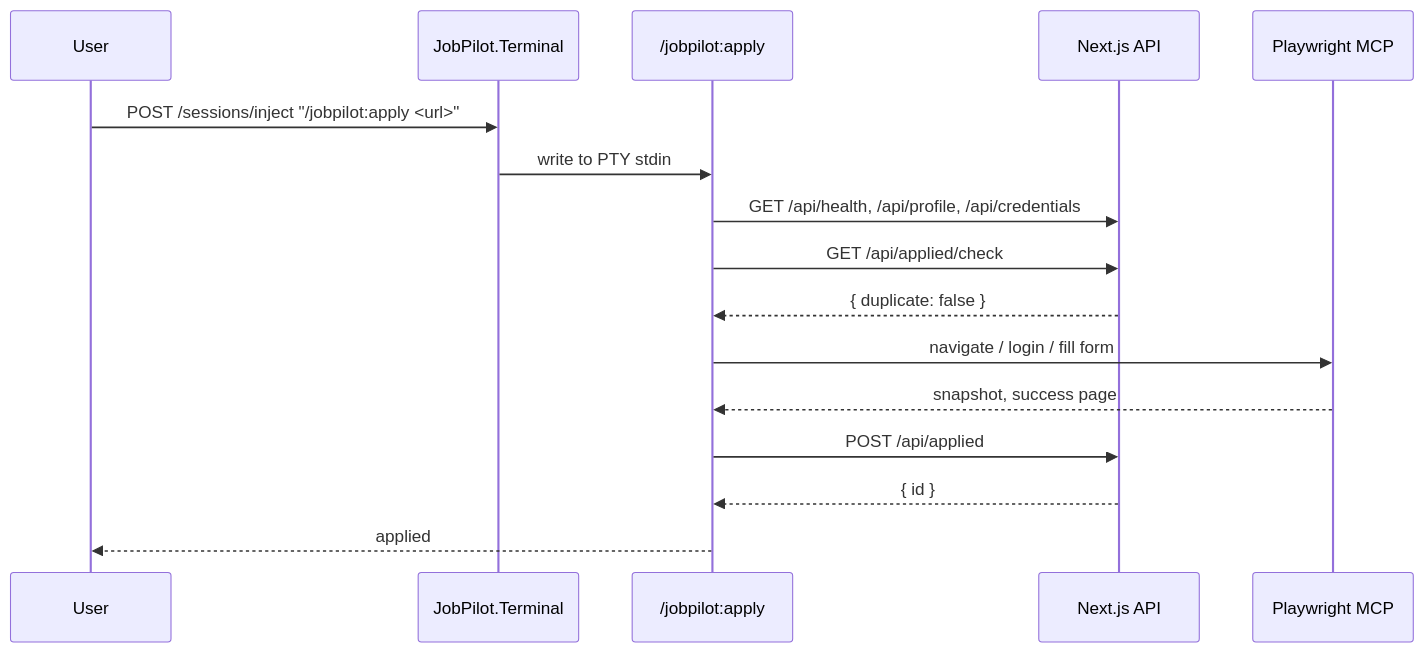
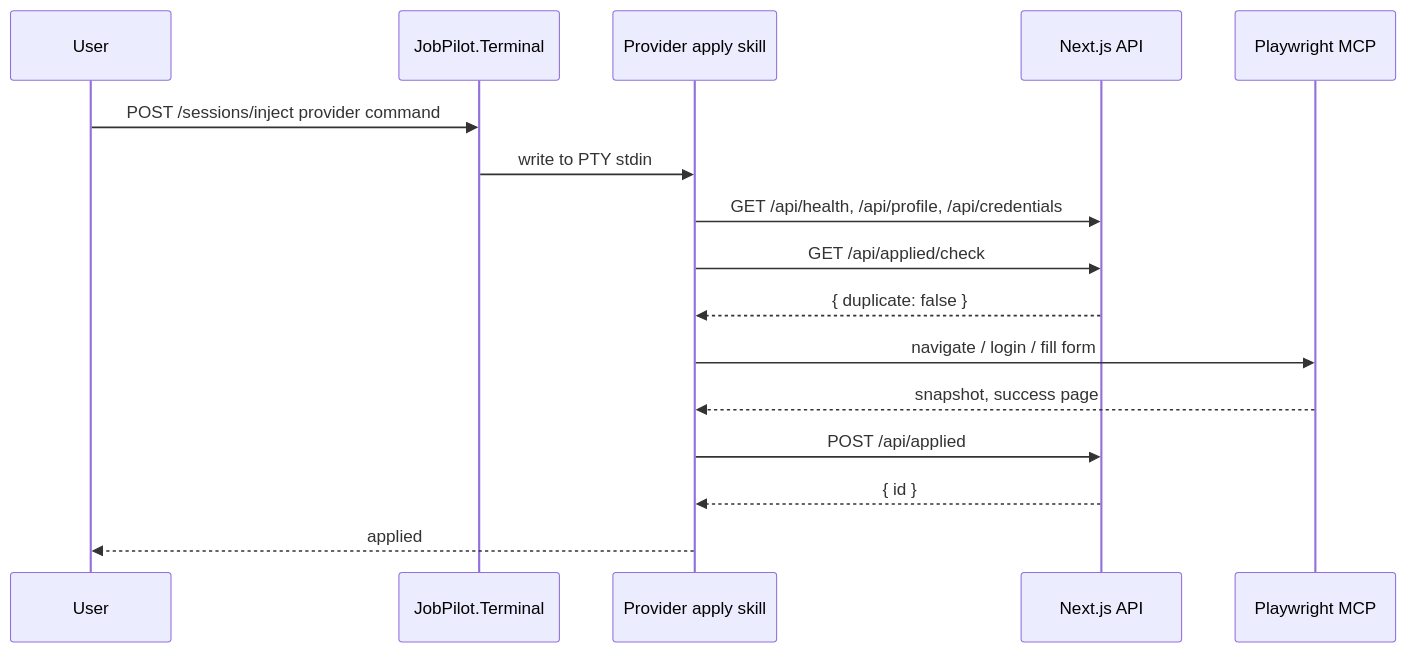
One commit to davidscotttufts/jobpilot changed the diagram in docs/architecture.md. Above: the diagram before and after it, drawn with Mermaid. The commit also changed other lines of this file and 50 other files, not shown here.

````diff
--- a/docs/architecture.md
+++ b/docs/architecture.md
@@ -71,19 +79,19 @@
 ```mermaid
 sequenceDiagram
     participant U as User
     participant T as JobPilot.Terminal
-    participant S as /jobpilot:apply
+    participant S as Provider apply skill
     participant API as Next.js API
     participant B as Playwright MCP
 
-    U->>T: POST /sessions/inject "/jobpilot:apply <url>"
+    U->>T: POST /sessions/inject provider command
     T->>S: write to PTY stdin
     S->>API: GET /api/health, /api/profile, /api/credentials
     S->>API: GET /api/applied/check
     API-->>S: { duplicate: false }
     S->>B: navigate / login / fill form
     B-->>S: snapshot, success page
     S->>API: POST /api/applied
     API-->>S: { id }
     S-->>U: applied
 ```
````
